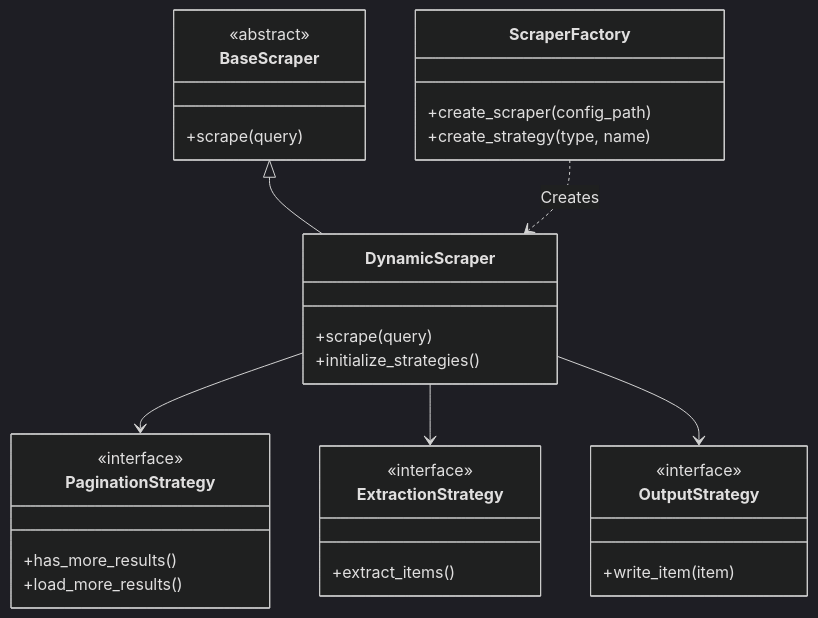
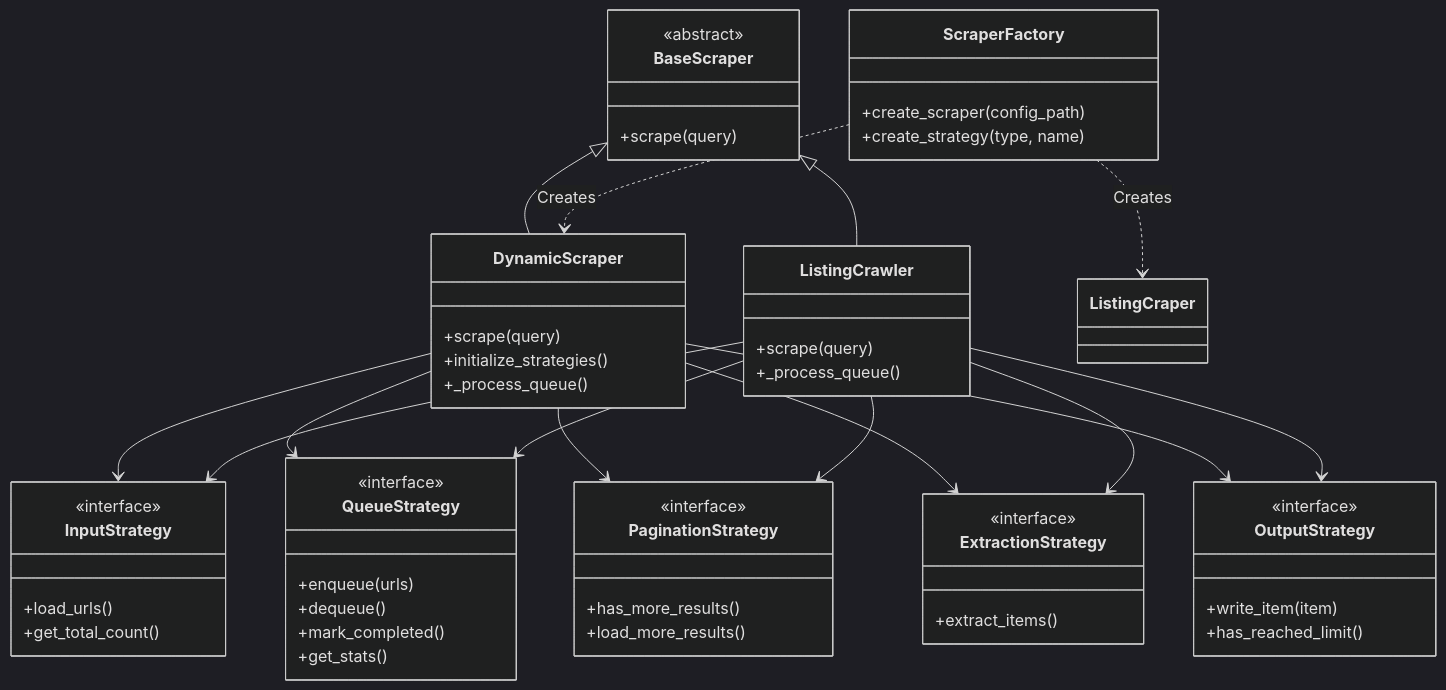
One commit to monjurkuet/infinitecrawler changed the diagram in docs/ARCHITECTURE.md. Above: the diagram before and after it, drawn with Mermaid (dark theme). The commit also changed other lines of this file and 14 other files, not shown here.

````diff
--- a/docs/ARCHITECTURE.md
+++ b/docs/ARCHITECTURE.md
@@ -9,34 +9,61 @@
 ```mermaid
 classDiagram
     class ScraperFactory {
         +create_scraper(config_path)
         +create_strategy(type, name)
     }
     class BaseScraper {
         <<abstract>>
         +scrape(query)
     }
     class DynamicScraper {
         +scrape(query)
         +initialize_strategies()
+        +_process_queue()
+    }
+    class ListingCrawler {
+        +scrape(query)
+        +_process_queue()
+    }
+    class InputStrategy {
+        <<interface>>
+        +load_urls()
+        +get_total_count()
+    }
+    class QueueStrategy {
+        <<interface>>
+        +enqueue(urls)
+        +dequeue()
+        +mark_completed()
+        +get_stats()
     }
     class PaginationStrategy {
         <<interface>>
         +has_more_results()
         +load_more_results()
     }
     class ExtractionStrategy {
         <<interface>>
         +extract_items()
     }
     class OutputStrategy {
         <<interface>>
         +write_item(item)
+        +has_reached_limit()
     }
 
     BaseScraper <|-- DynamicScraper
+    BaseScraper <|-- ListingCrawler
+    DynamicScraper --> InputStrategy
+    DynamicScraper --> QueueStrategy
     DynamicScraper --> PaginationStrategy
     DynamicScraper --> ExtractionStrategy
     DynamicScraper --> OutputStrategy
+    ListingCrawler --> InputStrategy
+    ListingCrawler --> QueueStrategy
+    ListingCrawler --> PaginationStrategy
+    ListingCrawler --> ExtractionStrategy
+    ListingCrawler --> OutputStrategy
     ScraperFactory ..> DynamicScraper : Creates
+    ScraperFactory ..> ListingCraper : Creates
 ```
````
